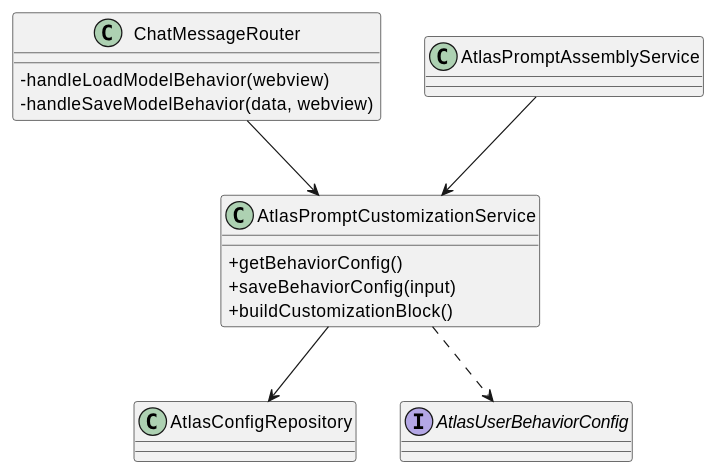
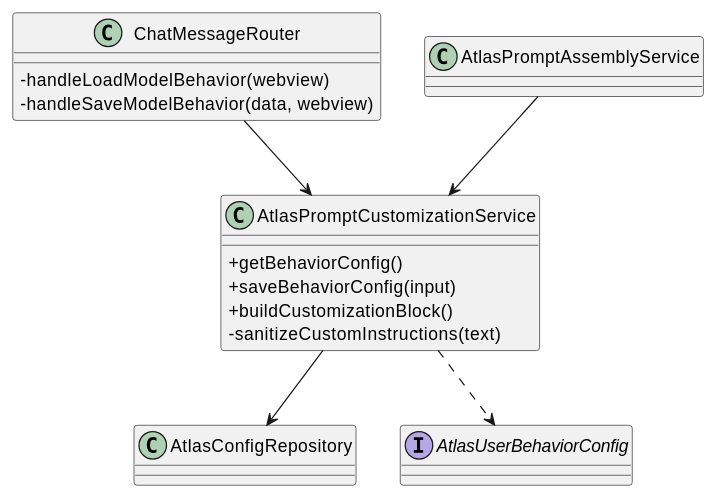
Before and after one commit to JVictorVI/ATLAS: diagram 17 of 38 in docs/plantuml-diagramas-por-caso-de-uso-atlas.md, drawn with PlantUML. The commit also changed other lines of this file and 5 other files, not shown here.

Commit message:
Atualiza diagramas e casos de uso

````diff
--- a/docs/plantuml-diagramas-por-caso-de-uso-atlas.md
+++ b/docs/plantuml-diagramas-por-caso-de-uso-atlas.md
@@ -515,24 +534,25 @@
 ```plantuml
 @startuml
 skinparam shadowing false
 skinparam classAttributeIconSize 0
 
 class ChatMessageRouter {
   -handleLoadModelBehavior(webview)
   -handleSaveModelBehavior(data, webview)
 }
 class AtlasPromptCustomizationService {
   +getBehaviorConfig()
   +saveBehaviorConfig(input)
   +buildCustomizationBlock()
+  -sanitizeCustomInstructions(text)
 }
 class AtlasConfigRepository
 class AtlasPromptAssemblyService
 interface AtlasUserBehaviorConfig
 
 ChatMessageRouter --> AtlasPromptCustomizationService
 AtlasPromptCustomizationService --> AtlasConfigRepository
 AtlasPromptAssemblyService --> AtlasPromptCustomizationService
 AtlasPromptCustomizationService ..> AtlasUserBehaviorConfig
 @enduml
 ```
````
